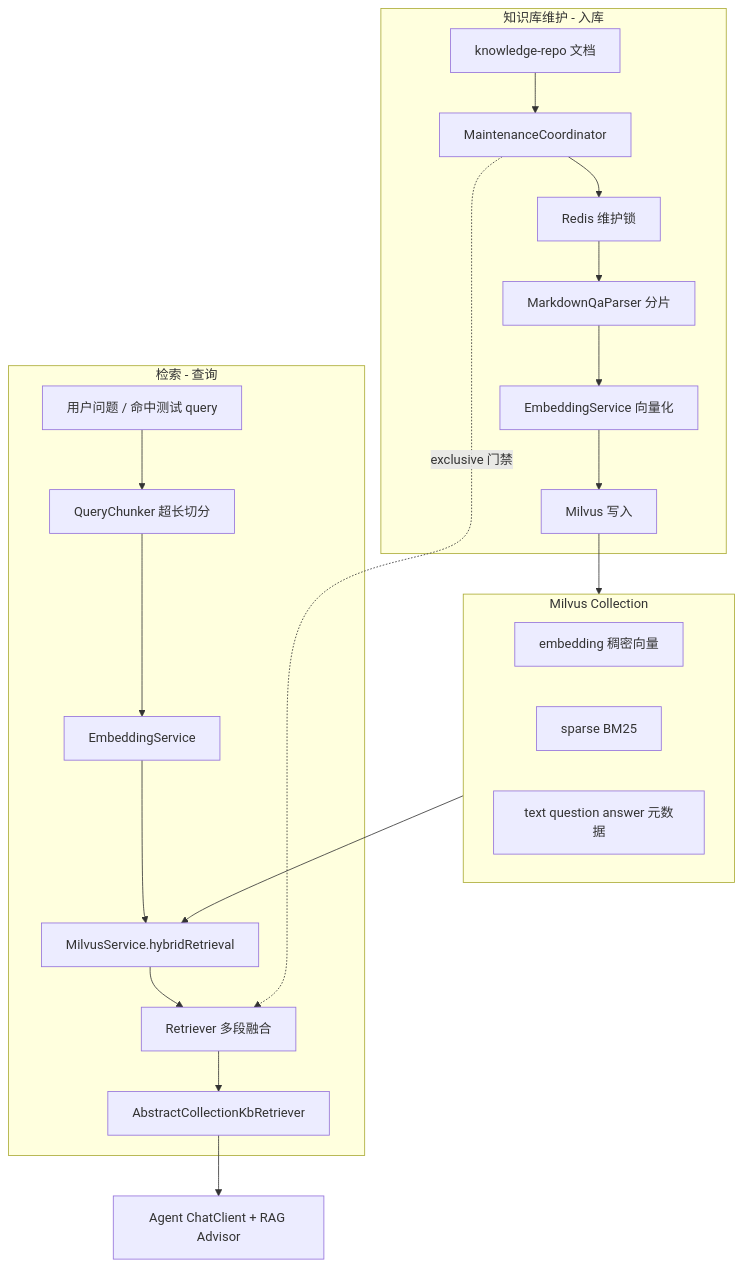
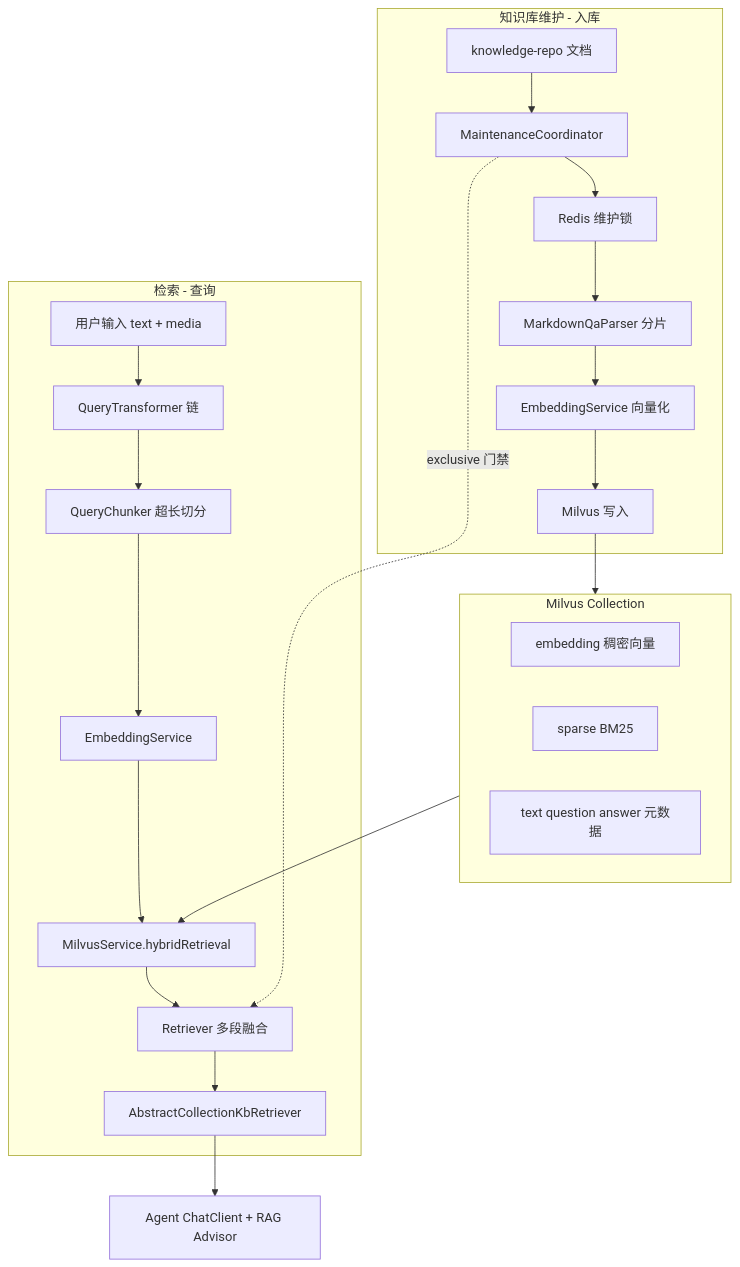
One commit to j2agent-ai/j2agent-docs changed the diagram in 平台/RAG机制/README.md. Above: the diagram before and after it, drawn with Mermaid. The commit also changed other lines of this file and 7 other files, not shown here.

````diff
--- a/平台/RAG机制/README.md
+++ b/平台/RAG机制/README.md
@@ -7,30 +7,31 @@
 ```mermaid
 flowchart TB
     subgraph ingest [知识库维护 - 入库]
         Repo[knowledge-repo 文档]
         Coord[MaintenanceCoordinator]
         RedisLock[Redis 维护锁]
         Parser[MarkdownQaParser 分片]
         EmbedIn[EmbeddingService 向量化]
         MilvusWrite[Milvus 写入]
         Repo --> Coord --> RedisLock --> Parser --> EmbedIn --> MilvusWrite
     end
     subgraph store [Milvus Collection]
         Dense[embedding 稠密向量]
         Sparse[sparse BM25]
         Meta[text question answer 元数据]
     end
     MilvusWrite --> store
     subgraph query [检索 - 查询]
-        UserQ[用户问题 / 命中测试 query]
+        UserQ["用户输入 text + media"]
+        QT[QueryTransformer 链]
         Chunker[QueryChunker 超长切分]
         EmbedQ[EmbeddingService]
         Hybrid[MilvusService.hybridRetrieval]
         Fuse[Retriever 多段融合]
         Agent[AbstractCollectionKbRetriever]
-        UserQ --> Chunker --> EmbedQ --> Hybrid --> Fuse --> Agent
+        UserQ --> QT --> Chunker --> EmbedQ --> Hybrid --> Fuse --> Agent
     end
     store --> Hybrid
     Agent --> LLM[Agent ChatClient + RAG Advisor]
     Coord -. exclusive 门禁 .-> Fuse
 ```
````
